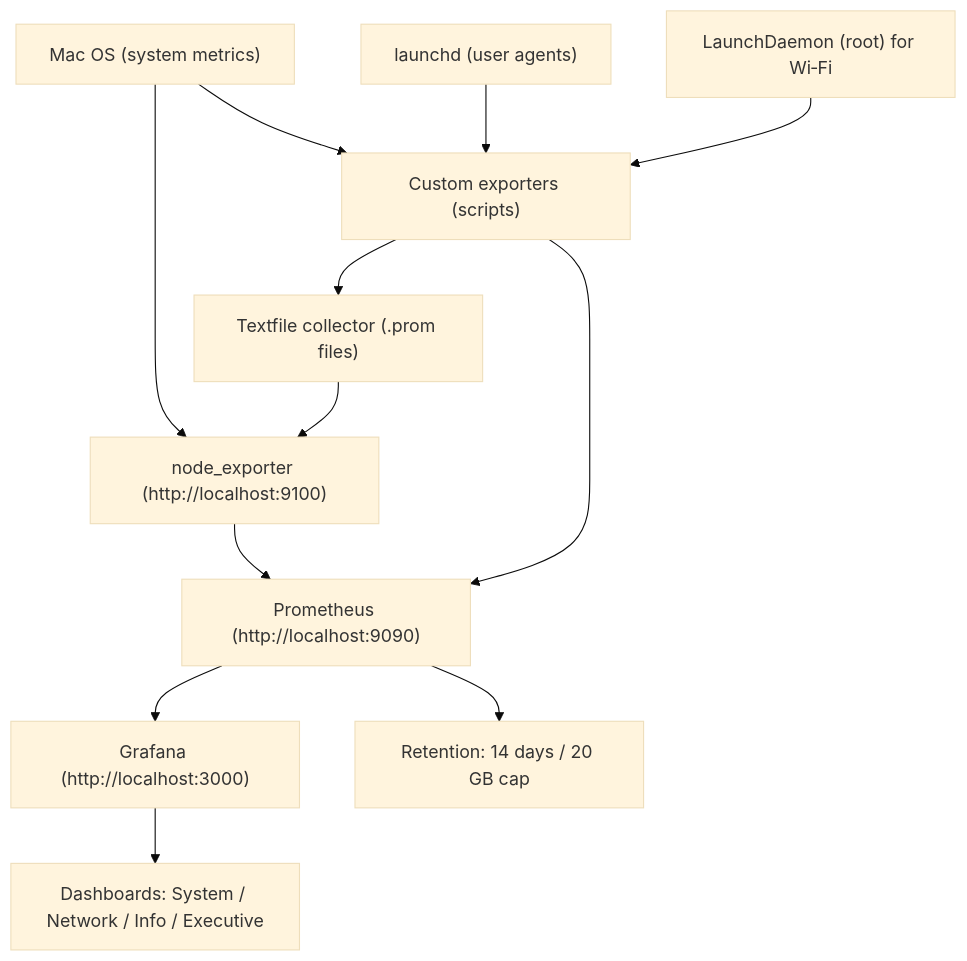
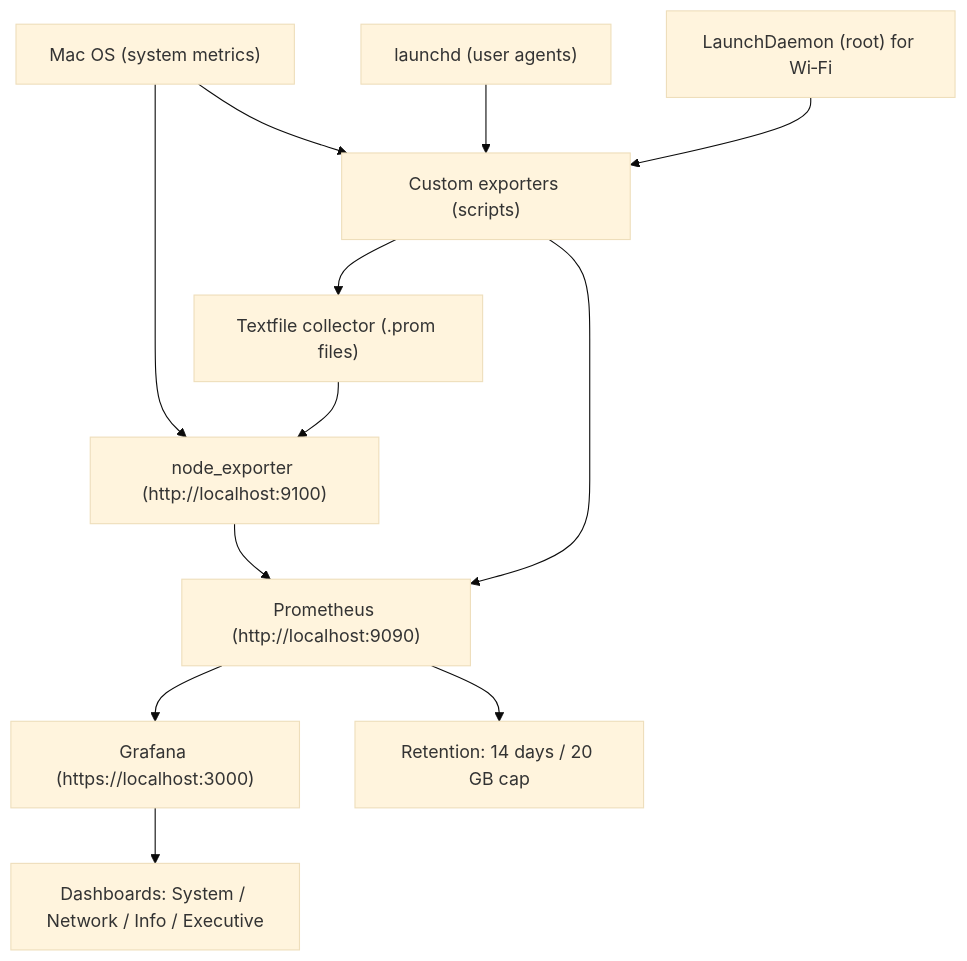
Before and after one commit to ANISHSAJIKUMAR/macOS-Observability: the diagram in observability/README.md, drawn with Mermaid (base theme). The commit also changed other lines of this file and 29 other files, not shown here.

````diff
--- a/observability/README.md
+++ b/observability/README.md
@@ -42,14 +43,14 @@
 ```mermaid
 graph TD
   A["Mac OS (system metrics)"] --> B["node_exporter (http://localhost:9100)"]
   A --> C["Custom exporters (scripts)"]
   C --> D["Textfile collector (.prom files)"]
   D --> B
   B --> E["Prometheus (http://localhost:9090)"]
   C --> E
-  E --> F["Grafana (http://localhost:3000)"]
+  E --> F["Grafana (https://localhost:3000)"]
   G["launchd (user agents)"] --> C
   H["LaunchDaemon (root) for Wi‑Fi"] --> C
   E --> I["Retention: 14 days / 20 GB cap"]
   F --> J["Dashboards: System / Network / Info / Executive"]
 ```
````
